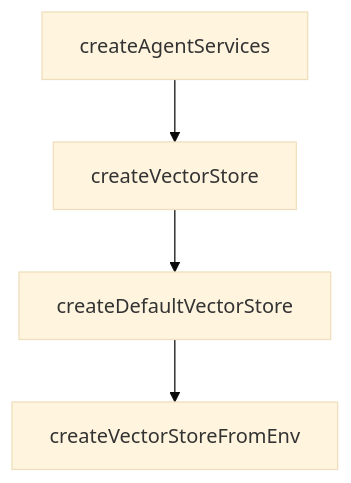
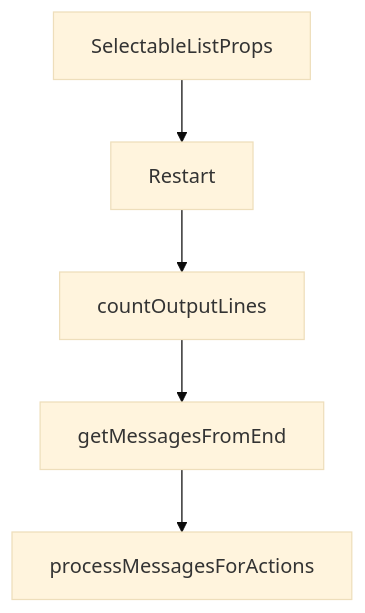
One commit to johnxie/awesome-code-docs changed the diagram in tutorials/cipher-tutorial/02-core-modes-and-session-workflow.md. Above: the diagram before and after it, drawn with Mermaid (base theme). The commit also changed other lines of this file and 1232 other files, not shown here.

````diff
--- a/tutorials/cipher-tutorial/02-core-modes-and-session-workflow.md
+++ b/tutorials/cipher-tutorial/02-core-modes-and-session-workflow.md
@@ -206,10 +204,12 @@
 ```mermaid
 flowchart TD
-    A[createAgentServices]
-    B[createVectorStore]
-    C[createDefaultVectorStore]
-    D[createVectorStoreFromEnv]
+    A[SelectableListProps]
+    B[Restart]
+    C[countOutputLines]
+    D[getMessagesFromEnd]
+    E[processMessagesForActions]
     A --> B
     B --> C
     C --> D
+    D --> E
 ```
````
